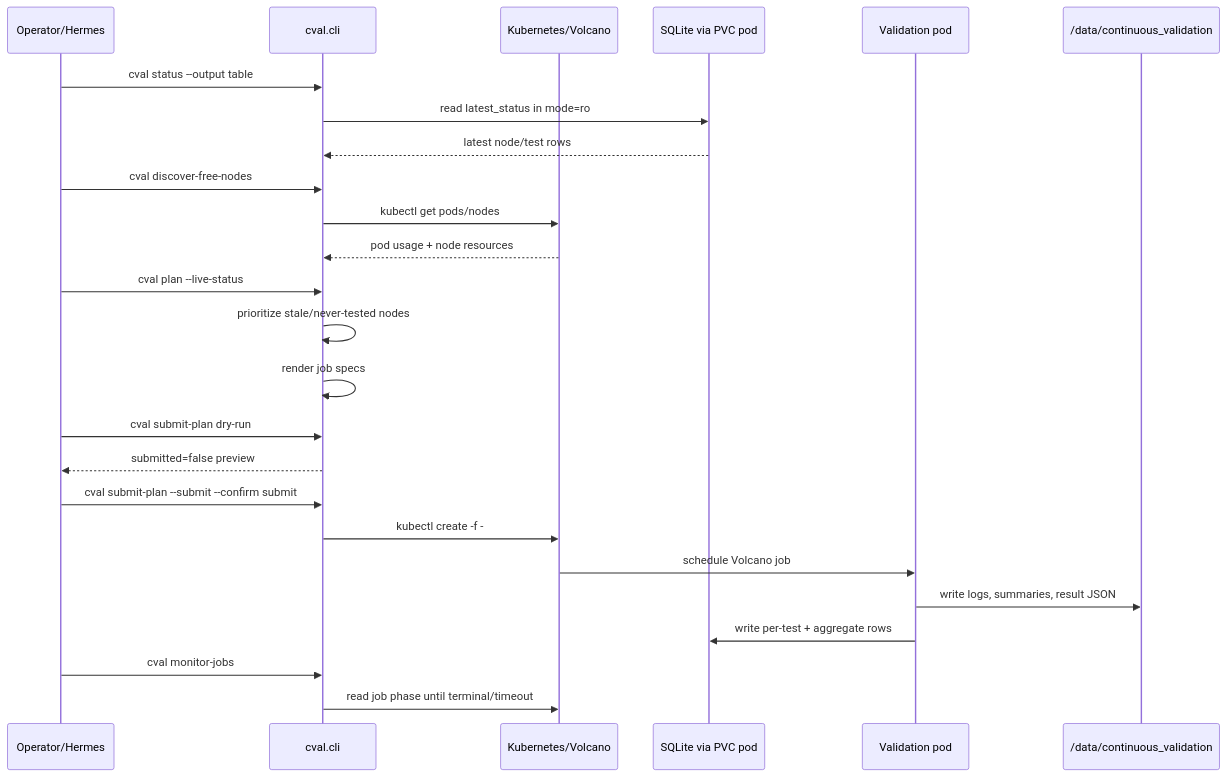
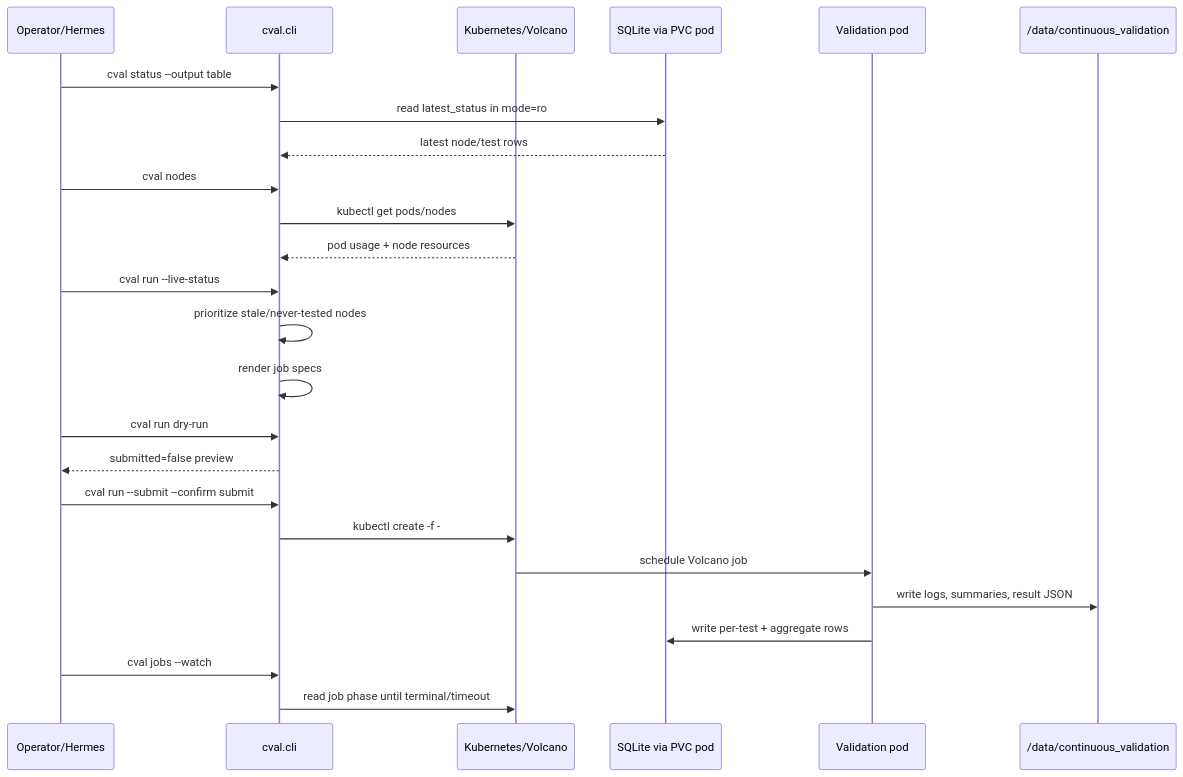
The first of 4 diagrams in docs/workflow.md (IamNirmata/c-val), drawn with Mermaid before and after one commit. The commit also changed other lines of this file and 17 other files, not shown here.

Commit message:
feat: simplify public cval cli commands

````diff
--- a/docs/workflow.md
+++ b/docs/workflow.md
@@ -5,28 +5,28 @@
 ```mermaid
 sequenceDiagram
     participant User as Operator/Hermes
     participant CLI as cval.cli
     participant K8s as Kubernetes/Volcano
     participant DB as SQLite via PVC pod
     participant Pod as Validation pod
     participant PVC as /data/continuous_validation
 
     User->>CLI: cval status --output table
     CLI->>DB: read latest_status in mode=ro
     DB-->>CLI: latest node/test rows
-    User->>CLI: cval discover-free-nodes
+    User->>CLI: cval nodes
     CLI->>K8s: kubectl get pods/nodes
     K8s-->>CLI: pod usage + node resources
-    User->>CLI: cval plan --live-status
+    User->>CLI: cval run --live-status
     CLI->>CLI: prioritize stale/never-tested nodes
     CLI->>CLI: render job specs
-    User->>CLI: cval submit-plan dry-run
+    User->>CLI: cval run dry-run
     CLI-->>User: submitted=false preview
-    User->>CLI: cval submit-plan --submit --confirm submit
+    User->>CLI: cval run --submit --confirm submit
     CLI->>K8s: kubectl create -f -
     K8s->>Pod: schedule Volcano job
     Pod->>PVC: write logs, summaries, result JSON
     Pod->>DB: write per-test + aggregate rows
-    User->>CLI: cval monitor-jobs
+    User->>CLI: cval jobs --watch
     CLI->>K8s: read job phase until terminal/timeout
 ```
````
